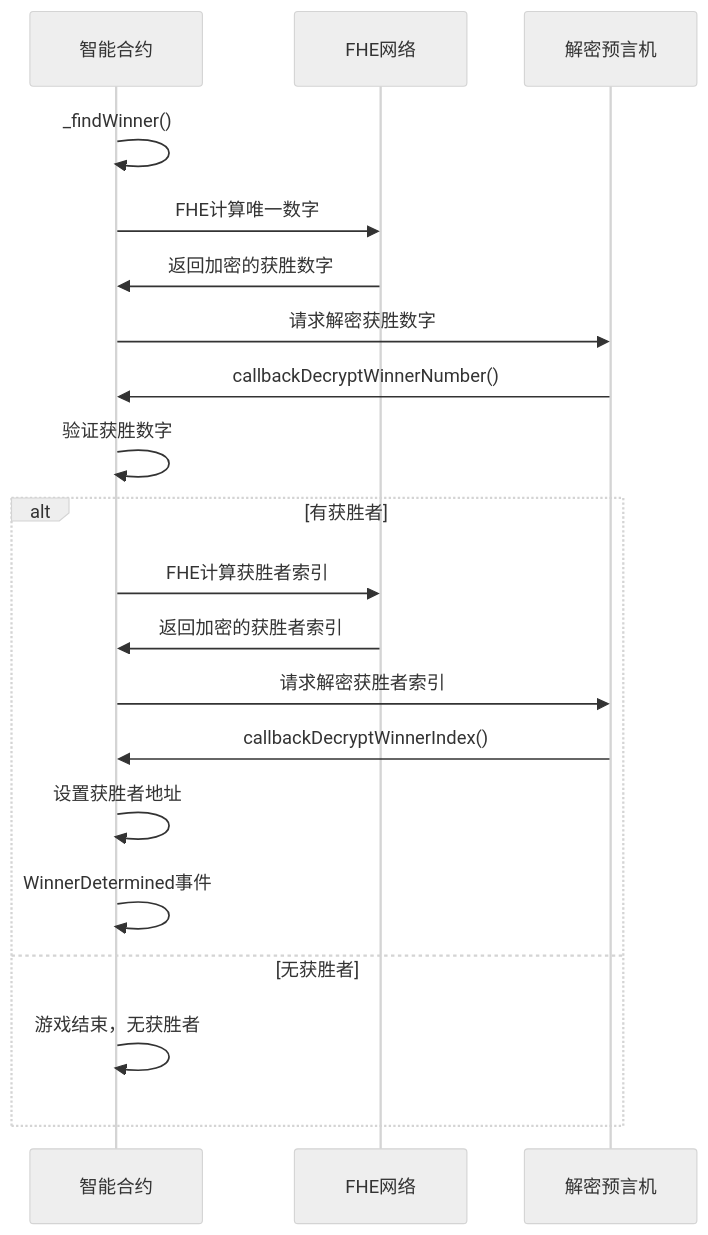
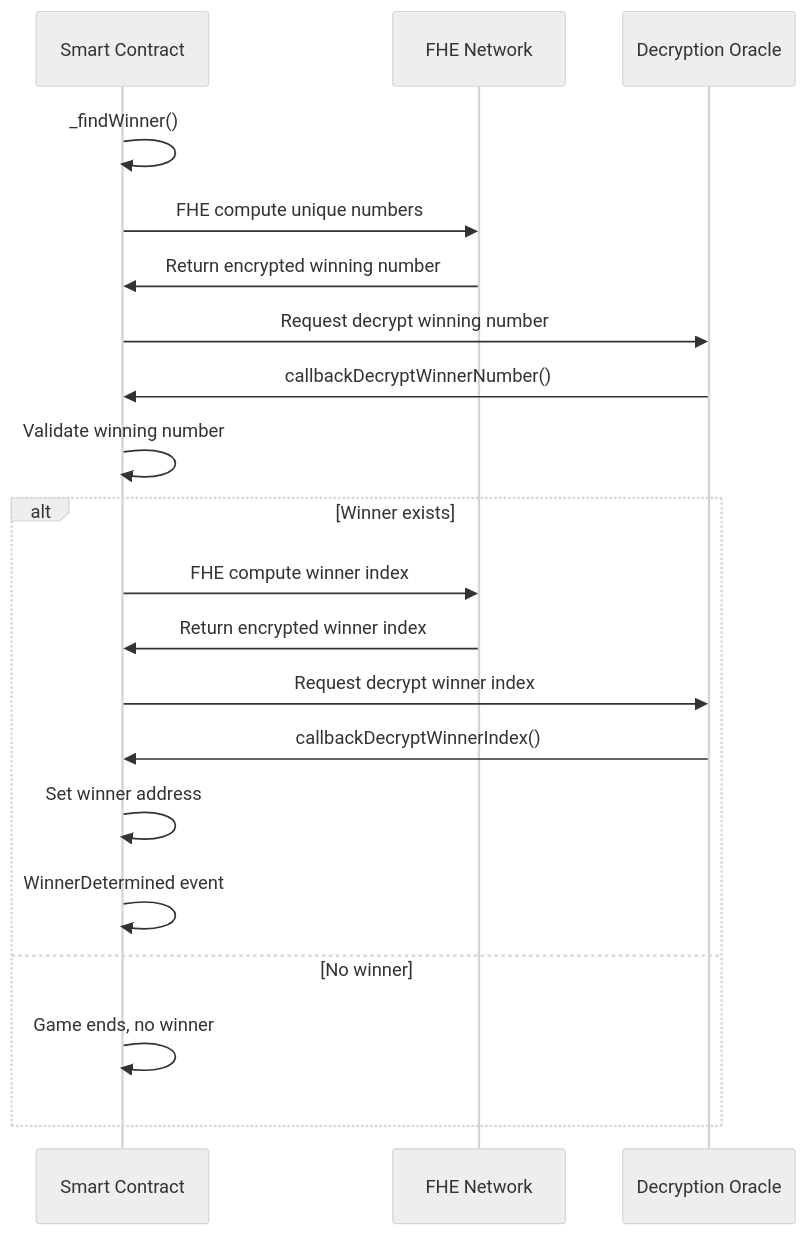
Before and after one commit to huaigu/number-verse-arena: the fifth of 6 diagrams in docs/GAME_FLOW.md, drawn with Mermaid (neutral theme). The commit also changed other lines of this file and 6 other files, not shown here.

````diff
--- a/docs/GAME_FLOW.md
+++ b/docs/GAME_FLOW.md
@@ -186,24 +186,24 @@
 ```mermaid
 sequenceDiagram
-    participant Contract as 智能合约
-    participant FHE as FHE网络
-    participant Oracle as 解密预言机
+    participant Contract as Smart Contract
+    participant FHE as FHE Network
+    participant Oracle as Decryption Oracle
 
     Contract->>Contract: _findWinner()
-    Contract->>FHE: FHE计算唯一数字
-    FHE->>Contract: 返回加密的获胜数字
-    Contract->>Oracle: 请求解密获胜数字
+    Contract->>FHE: FHE compute unique numbers
+    FHE->>Contract: Return encrypted winning number
+    Contract->>Oracle: Request decrypt winning number
     Oracle->>Contract: callbackDecryptWinnerNumber()
-    Contract->>Contract: 验证获胜数字
+    Contract->>Contract: Validate winning number
     
-    alt 有获胜者
-        Contract->>FHE: FHE计算获胜者索引
-        FHE->>Contract: 返回加密的获胜者索引
-        Contract->>Oracle: 请求解密获胜者索引
+    alt Winner exists
+        Contract->>FHE: FHE compute winner index
+        FHE->>Contract: Return encrypted winner index
+        Contract->>Oracle: Request decrypt winner index
         Oracle->>Contract: callbackDecryptWinnerIndex()
-        Contract->>Contract: 设置获胜者地址
-        Contract->>Contract: WinnerDetermined事件
-    else 无获胜者
-        Contract->>Contract: 游戏结束，无获胜者
+        Contract->>Contract: Set winner address
+        Contract->>Contract: WinnerDetermined event
+    else No winner
+        Contract->>Contract: Game ends, no winner
     end
 ```
````
